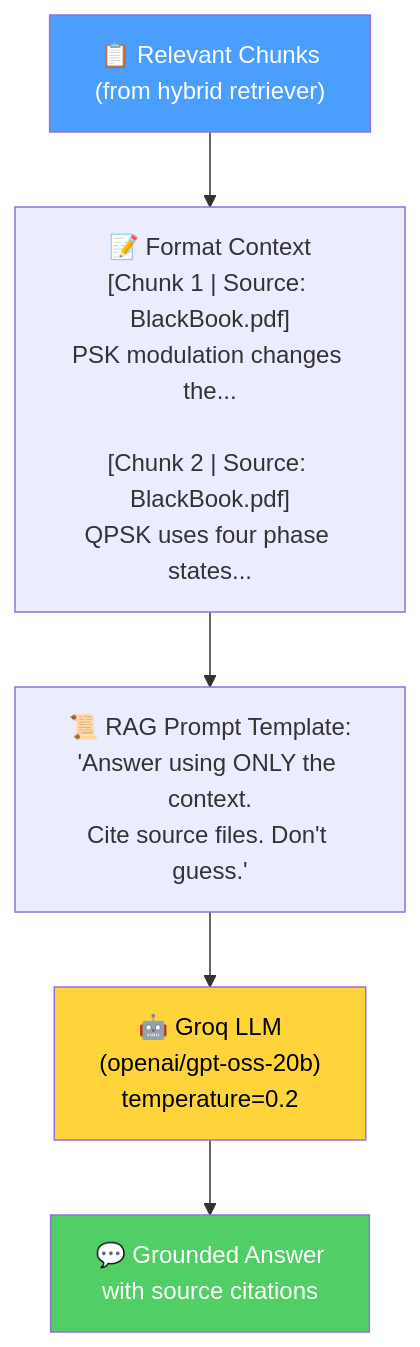
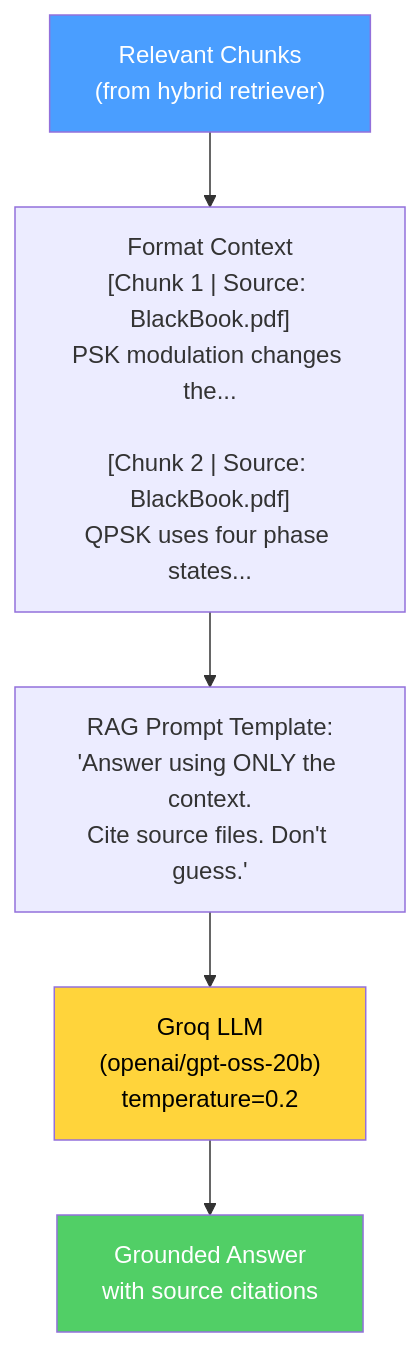
The tenth of 16 diagrams in README.md (killjoycircuit/rag), drawn with Mermaid before and after one commit. The commit also changed other lines of this file, not shown here.

````diff
--- a/README.md
+++ b/README.md
@@ -392,14 +392,14 @@
 ```mermaid
 graph TD
-    C["📋 Relevant Chunks<br/>(from hybrid retriever)"] --> F["📝 Format Context<br/>[Chunk 1 | Source: BlackBook.pdf]<br/>PSK modulation changes the...<br/><br/>[Chunk 2 | Source: BlackBook.pdf]<br/>QPSK uses four phase states..."]
+    C["Relevant Chunks<br/>(from hybrid retriever)"] --> F["Format Context<br/>[Chunk 1 | Source: BlackBook.pdf]<br/>PSK modulation changes the...<br/><br/>[Chunk 2 | Source: BlackBook.pdf]<br/>QPSK uses four phase states..."]
     
-    F --> P["📜 RAG Prompt Template:<br/>'Answer using ONLY the context.<br/>Cite source files. Don't guess.'"]
+    F --> P["RAG Prompt Template:<br/>'Answer using ONLY the context.<br/>Cite source files. Don't guess.'"]
     
-    P --> L["🤖 Groq LLM<br/>(openai/gpt-oss-20b)<br/>temperature=0.2"]
+    P --> L["Groq LLM<br/>(openai/gpt-oss-20b)<br/>temperature=0.2"]
     
-    L --> A["💬 Grounded Answer<br/>with source citations"]
+    L --> A["Grounded Answer<br/>with source citations"]
 
     style C fill:#4a9eff,color:#fff
     style L fill:#ffd43b,color:#000
     style A fill:#51cf66,color:#fff
 ```
````
